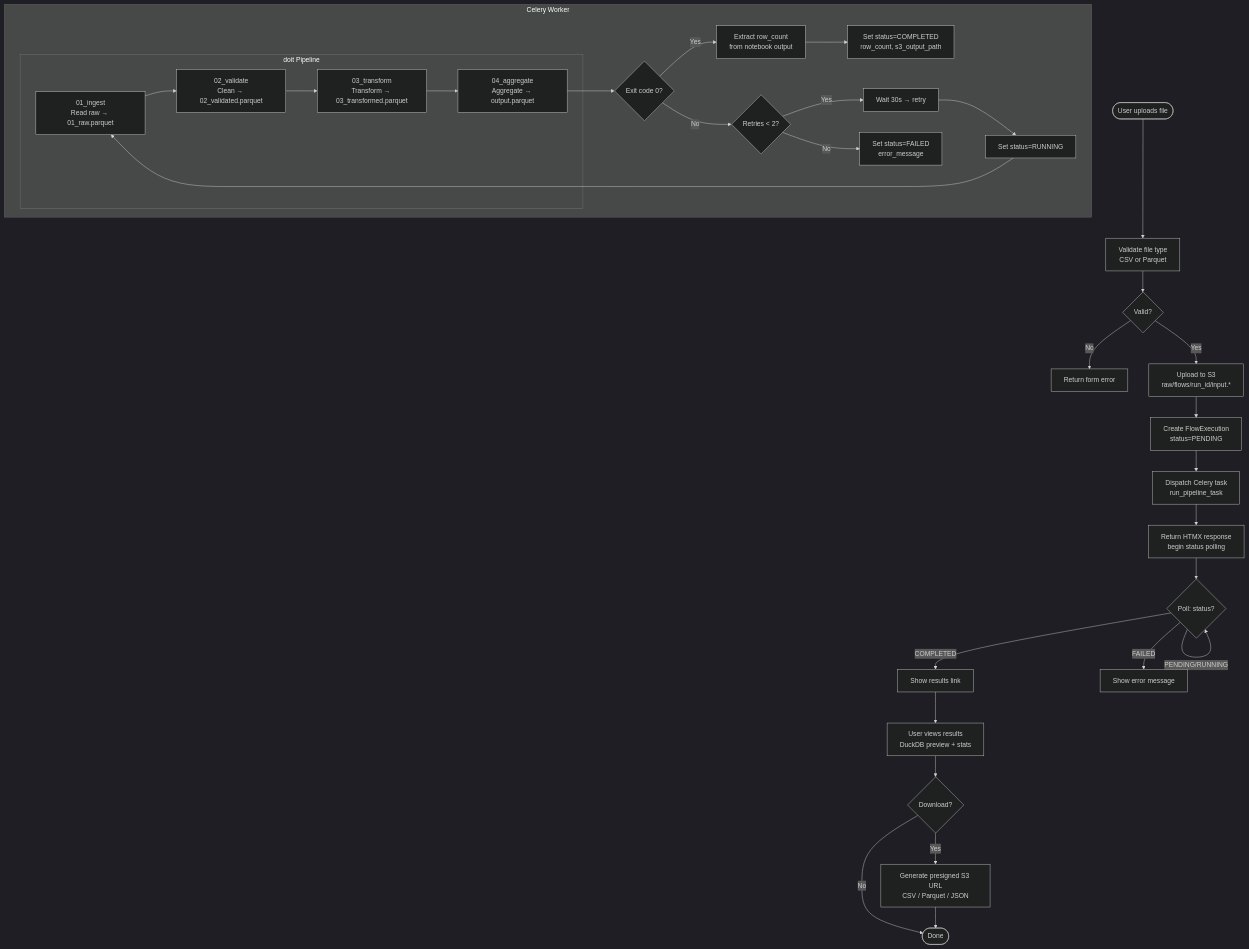
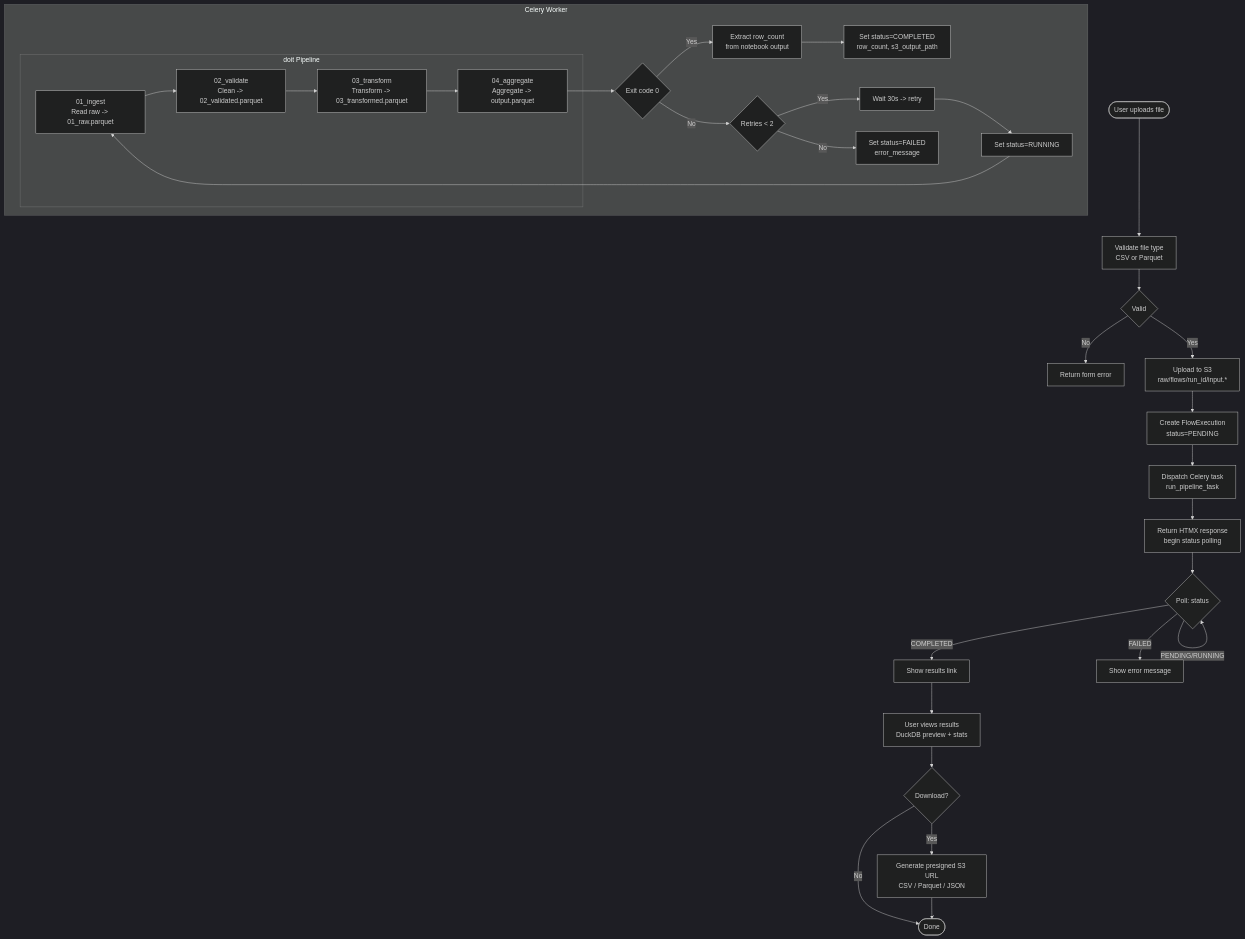
Before and after one commit to cxhandley/django-prefect-template: the diagram in docs/flow-control/pipeline_flow.mmd, drawn with Mermaid (dark theme). The commit also changed 6 other files, not shown here.

Commit message:
Fix up issues with various mermaid diagratms.

```diff
--- a/docs/flow-control/pipeline_flow.mmd
+++ b/docs/flow-control/pipeline_flow.mmd
@@ -1,38 +1,38 @@
 flowchart TD
     A([User uploads file]) --> B[Validate file type\nCSV or Parquet]
-    B --> C{Valid?}
+    B --> C{Valid}
     C -- No --> D[Return form error]
     C -- Yes --> E[Upload to S3\nraw/flows/run_id/input.*]
     E --> F[Create FlowExecution\nstatus=PENDING]
     F --> G[Dispatch Celery task\nrun_pipeline_task]
     G --> H[Return HTMX response\nbegin status polling]
 
     subgraph Celery Worker
         I[Set status=RUNNING] --> J
 
         subgraph doit Pipeline
-            J[01_ingest\nRead raw → 01_raw.parquet]
-            J --> K[02_validate\nClean → 02_validated.parquet]
-            K --> L[03_transform\nTransform → 03_transformed.parquet]
-            L --> M[04_aggregate\nAggregate → output.parquet]
+            J[01_ingest\nRead raw -> 01_raw.parquet]
+            J --> K[02_validate\nClean -> 02_validated.parquet]
+            K --> L[03_transform\nTransform -> 03_transformed.parquet]
+            L --> M[04_aggregate\nAggregate -> output.parquet]
         end
 
-        M --> N{Exit code 0?}
+        M --> N{Exit code 0}
         N -- Yes --> O[Extract row_count\nfrom notebook output]
         O --> P[Set status=COMPLETED\nrow_count, s3_output_path]
-        N -- No --> Q{Retries < 2?}
-        Q -- Yes --> R[Wait 30s → retry]
+        N -- No --> Q{Retries < 2}
+        Q -- Yes --> R[Wait 30s -> retry]
         R --> I
         Q -- No --> S[Set status=FAILED\nerror_message]
     end
 
-    H --> T{Poll: status?}
+    H --> T{Poll: status}
     T -- PENDING/RUNNING --> T
     T -- COMPLETED --> U[Show results link]
     T -- FAILED --> V[Show error message]
 
     U --> W[User views results\nDuckDB preview + stats]
     W --> X{Download?}
     X -- Yes --> Y[Generate presigned S3 URL\nCSV / Parquet / JSON]
     X -- No --> Z([Done])
     Y --> Z
```
